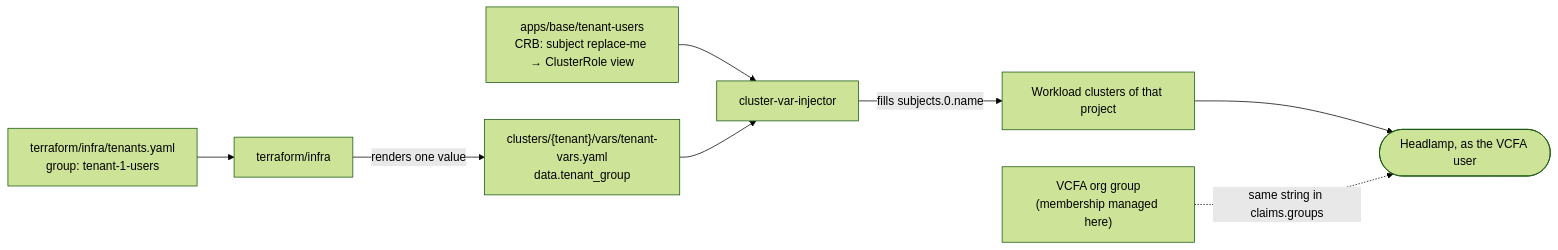
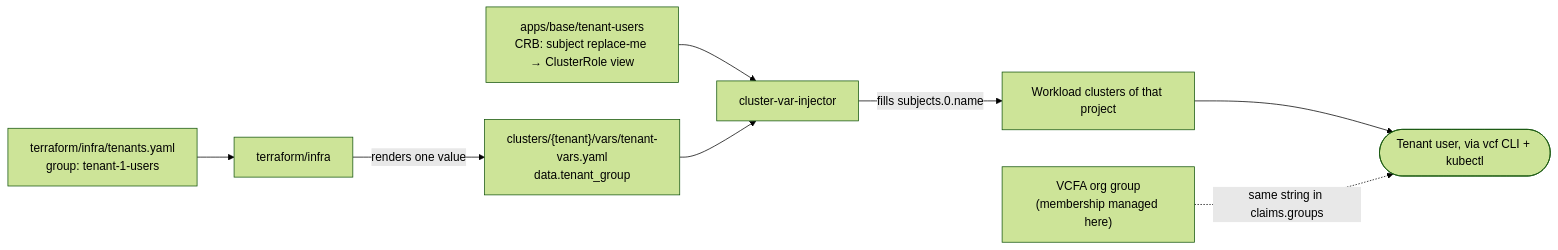
The ninth of 9 diagrams in docs/ARCHITECTURE.md (warroyo/argocd-scaffolding), drawn with Mermaid (forest theme) before and after one commit. The commit also changed other lines of this file and 6 other files, not shown here.

````diff
--- a/docs/ARCHITECTURE.md
+++ b/docs/ARCHITECTURE.md
@@ -757,10 +741,10 @@
 ```mermaid
 flowchart LR
   ty["terraform/infra/tenants.yaml<br/>group: tenant-1-users"] --> tf[terraform/infra]
   tf -->|renders one value| tv["clusters/{tenant}/vars/tenant-vars.yaml<br/>data.tenant_group"]
   base["apps/base/tenant-users<br/>CRB: subject replace-me → ClusterRole view"] --> inj
   tv --> inj[cluster-var-injector]
   inj -->|fills subjects.0.name| gc[Workload clusters of that project]
-  gc --> hl([Headlamp, as the VCFA user])
-  idp["VCFA org group<br/>(membership managed here)"] -.->|same string in claims.groups| hl
+  gc --> usr([Tenant user, via vcf CLI + kubectl])
+  idp["VCFA org group<br/>(membership managed here)"] -.->|same string in claims.groups| usr
 ```
````
